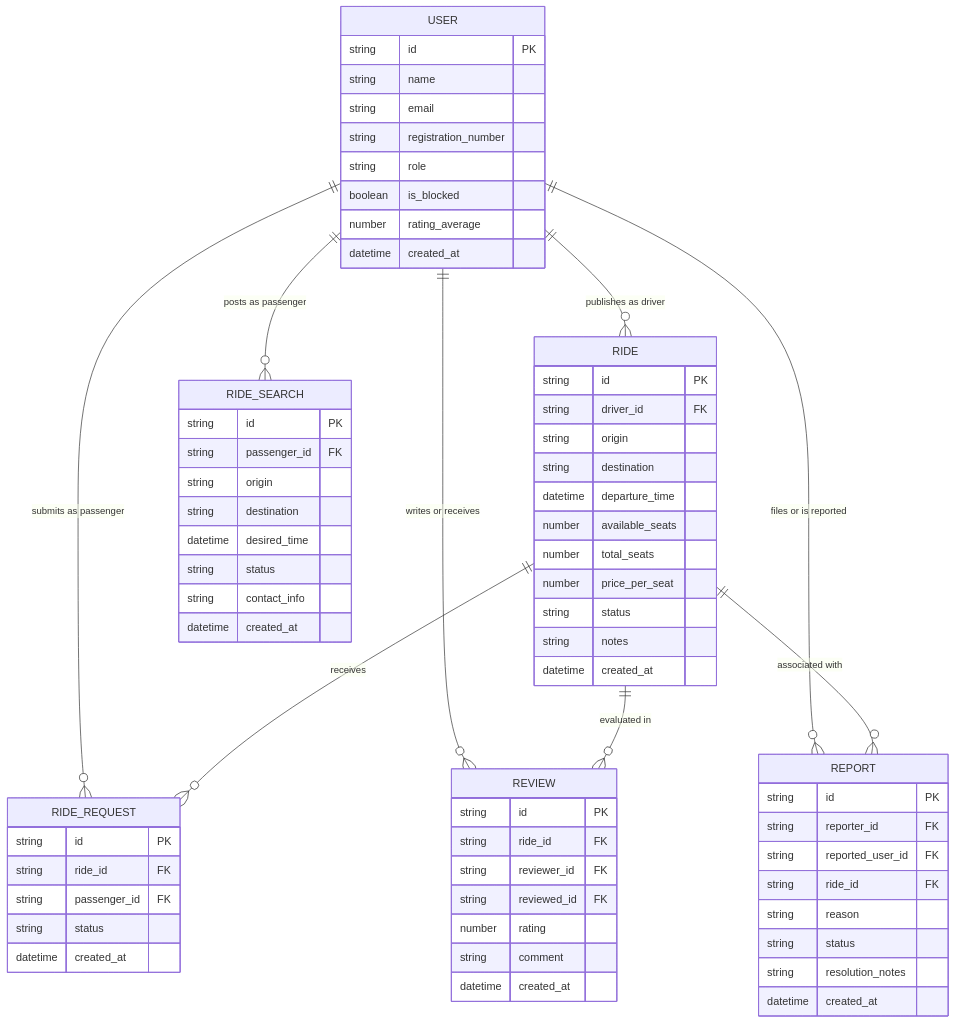
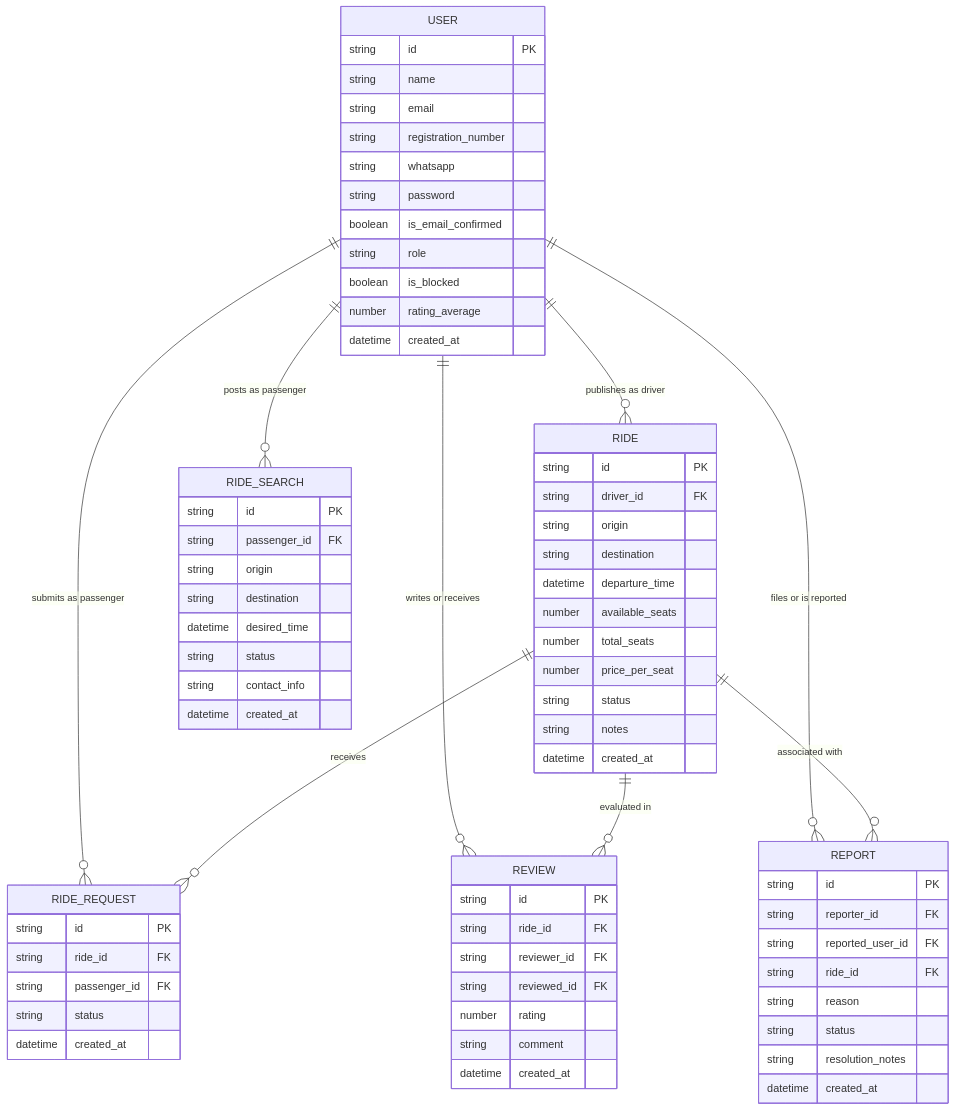
Before and after one commit to UTFRide/UTFRide: the diagram in docs/architecture.md, drawn with Mermaid. The commit also changed other lines of this file and 2 other files, not shown here.

Commit message:
docs: atualiza documentação da issue 4

````diff
--- a/docs/architecture.md
+++ b/docs/architecture.md
@@ -161,77 +162,80 @@
 ```mermaid
 erDiagram
     USER ||--o{ RIDE : "publishes as driver"
     USER ||--o{ RIDE_REQUEST : "submits as passenger"
     USER ||--o{ RIDE_SEARCH : "posts as passenger"
     USER ||--o{ REVIEW : "writes or receives"
     USER ||--o{ REPORT : "files or is reported"
     
     RIDE ||--o{ RIDE_REQUEST : "receives"
     RIDE ||--o{ REVIEW : "evaluated in"
     RIDE ||--o{ REPORT : "associated with"
 
     USER {
         string id PK
         string name
         string email
         string registration_number
+        string whatsapp
+        string password
+        boolean is_email_confirmed
         string role
         boolean is_blocked
         number rating_average
         datetime created_at
     }
 
     RIDE {
         string id PK
         string driver_id FK
         string origin
         string destination
         datetime departure_time
         number available_seats
         number total_seats
         number price_per_seat
         string status
         string notes
         datetime created_at
     }
 
     RIDE_REQUEST {
         string id PK
         string ride_id FK
         string passenger_id FK
         string status
         datetime created_at
     }
 
     RIDE_SEARCH {
         string id PK
         string passenger_id FK
         string origin
         string destination
         datetime desired_time
         string status
         string contact_info
         datetime created_at
     }
 
     REVIEW {
         string id PK
         string ride_id FK
         string reviewer_id FK
         string reviewed_id FK
         number rating
         string comment
         datetime created_at
     }
 
     REPORT {
         string id PK
         string reporter_id FK
         string reported_user_id FK
         string ride_id FK
         string reason
         string status
         string resolution_notes
         datetime created_at
     }
 ```
````
